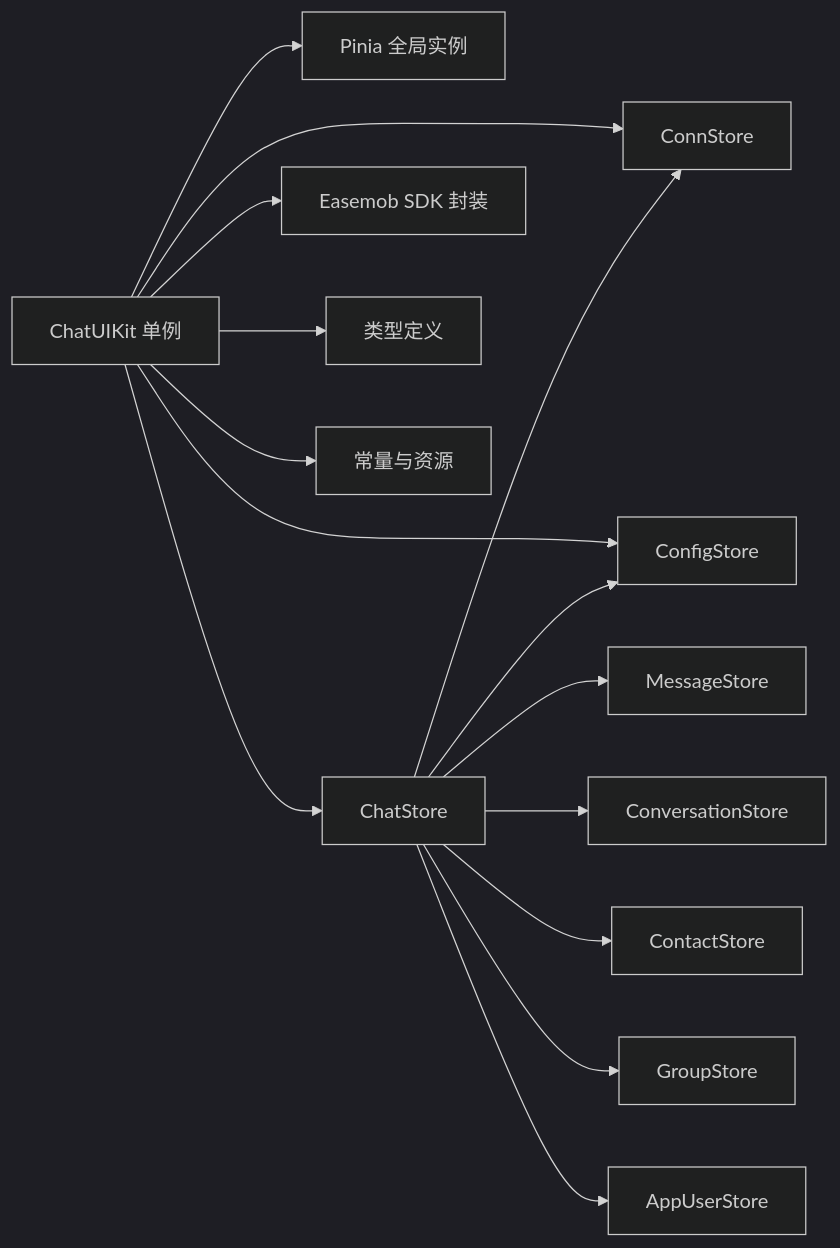
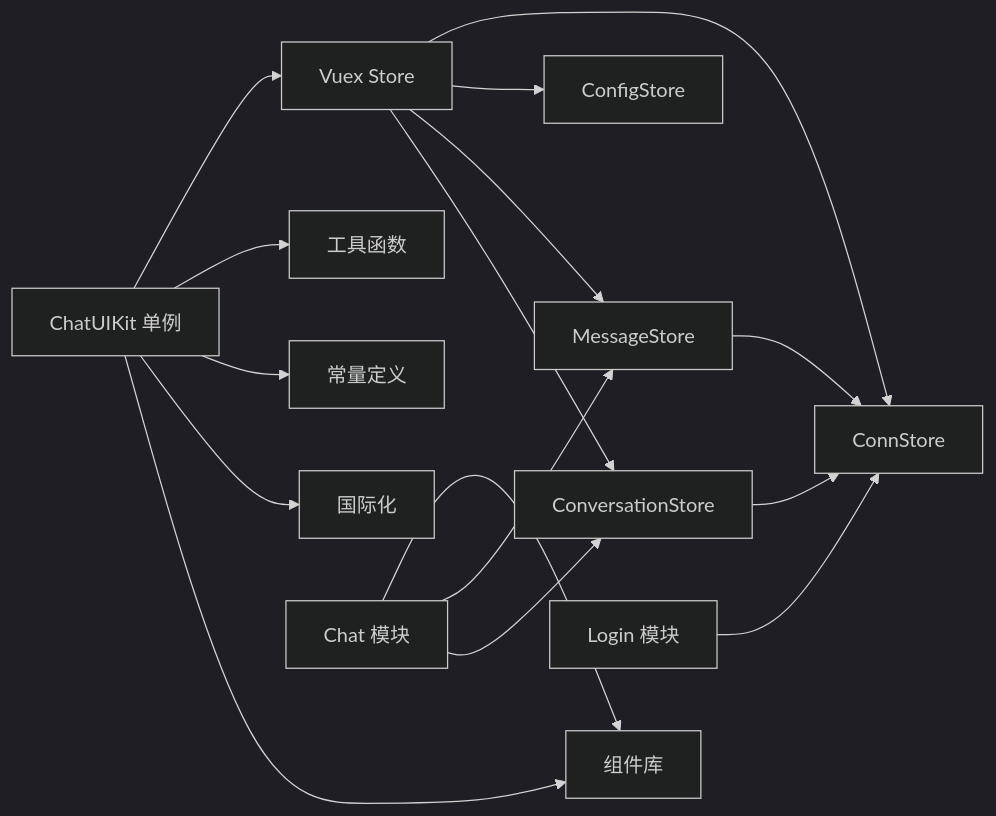
One commit to Easemob-Community/easemob-uikit-uniapp-community changed the eighth of 8 diagrams in .qoder/repowiki/zh/content/API参考/API参考.md. Above: the diagram before and after it, drawn with Mermaid (dark theme). The commit also changed other lines of this file and 14 other files, not shown here.

````diff
--- a/.qoder/repowiki/zh/content/API参考/API参考.md
+++ b/.qoder/repowiki/zh/content/API参考/API参考.md
@@ -291,17 +410,18 @@
 ```mermaid
 graph LR
-ChatUIKit["ChatUIKit 单例"] --> Pinia["Pinia 全局实例"]
-ChatUIKit --> ConnStore["ConnStore"]
-ChatUIKit --> ConfigStore["ConfigStore"]
-ChatUIKit --> ChatStore["ChatStore"]
-ChatStore --> ConnStore
-ChatStore --> ConfigStore
-ChatStore --> MessageStore["MessageStore"]
-ChatStore --> ConvStore["ConversationStore"]
-ChatStore --> ContactStore["ContactStore"]
-ChatStore --> GroupStore["GroupStore"]
-ChatStore --> AppUserStore["AppUserStore"]
-ChatUIKit --> SDK["Easemob SDK 封装"]
-ChatUIKit --> Types["类型定义"]
-ChatUIKit --> Const["常量与资源"]
+ChatUIKit["ChatUIKit 单例"] --> VuexStore["Vuex Store"]
+ChatUIKit --> Utils["工具函数"]
+ChatUIKit --> Const["常量定义"]
+ChatUIKit --> I18n["国际化"]
+ChatUIKit --> Components["组件库"]
+VuexStore --> ConnStore["ConnStore"]
+VuexStore --> ConfigStore["ConfigStore"]
+VuexStore --> MessageStore["MessageStore"]
+VuexStore --> ConversationStore["ConversationStore"]
+MessageStore --> ConnStore
+ConversationStore --> ConnStore
+ChatModule["Chat 模块"] --> Components
+ChatModule --> MessageStore
+ChatModule --> ConversationStore
+LoginModule["Login 模块"] --> ConnStore
 ```
````
